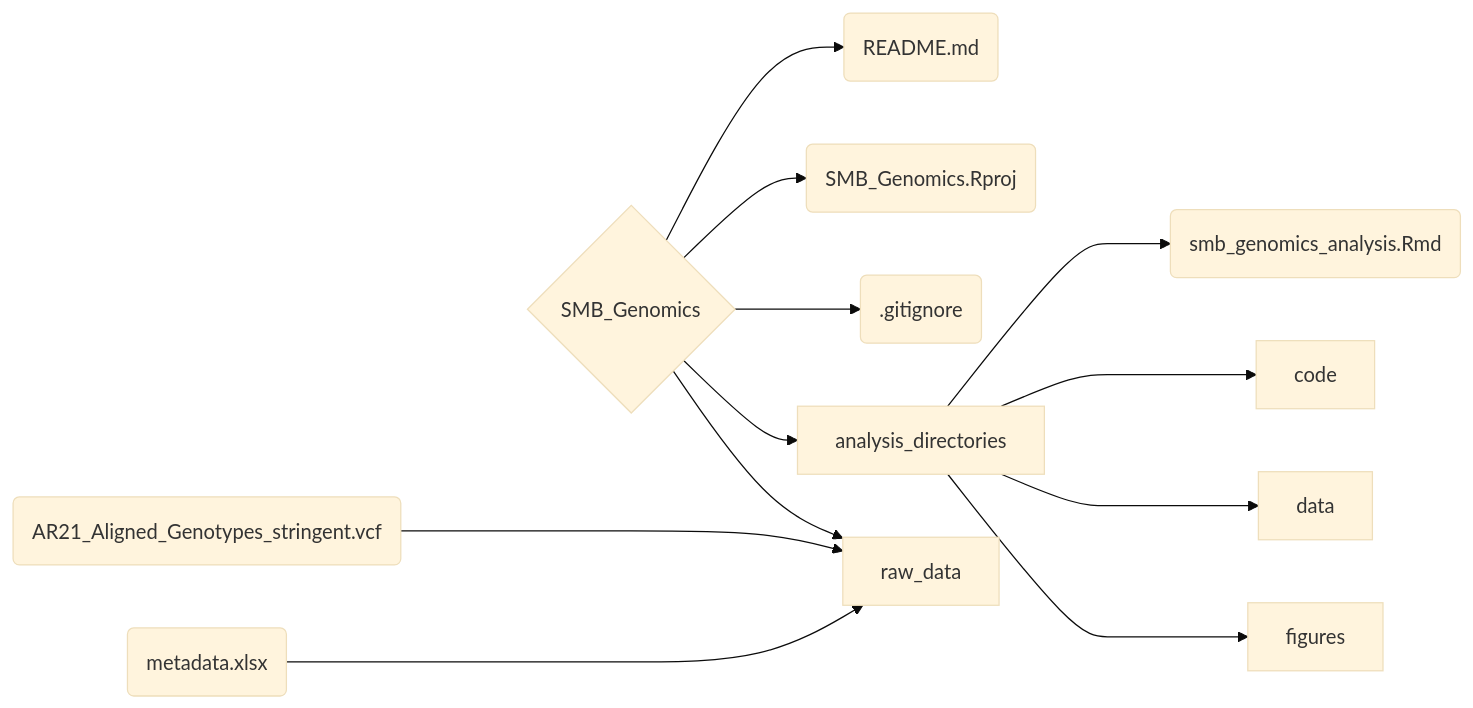
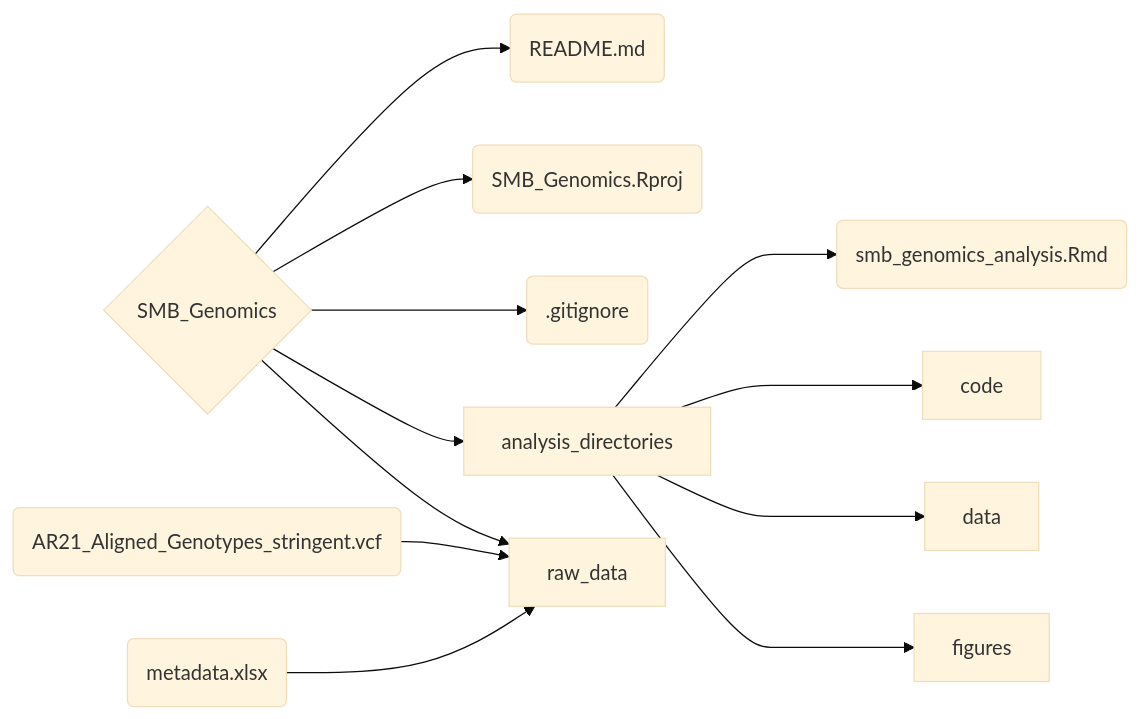
The third of 3 diagrams in README.md (jcg5g9/SMB_Genomics), drawn with Mermaid (base theme) before and after one commit.

Commit message:
another mermaid change

````diff
--- a/README.md
+++ b/README.md
@@ -88,14 +88,14 @@
 ```mermaid
 flowchart LR
   A{SMB_Genomics} --> B(README.md)
   A{SMB_Genomics} --> C(SMB_Genomics.Rproj)
   A{SMB_Genomics} --> D(.gitignore)
   A{SMB_Genomics} --> E[analysis_directories]
   E[analysis_directories] ---> F(smb_genomics_analysis.Rmd)
   E[analysis_directories] ---> G[code]
   E[analysis_directories] ---> H[data]
   E[analysis_directories] ---> I[figures]
   A{SMB_Genomics} --> J[raw_data]
-  K(AR21_Aligned_Genotypes_stringent.vcf) ----> J[raw_data]
-  L(metadata.xlsx) ----> J[raw_data]
+  K(AR21_Aligned_Genotypes_stringent.vcf) --> J[raw_data]
+  L(metadata.xlsx) --> J[raw_data]
 ```
````
